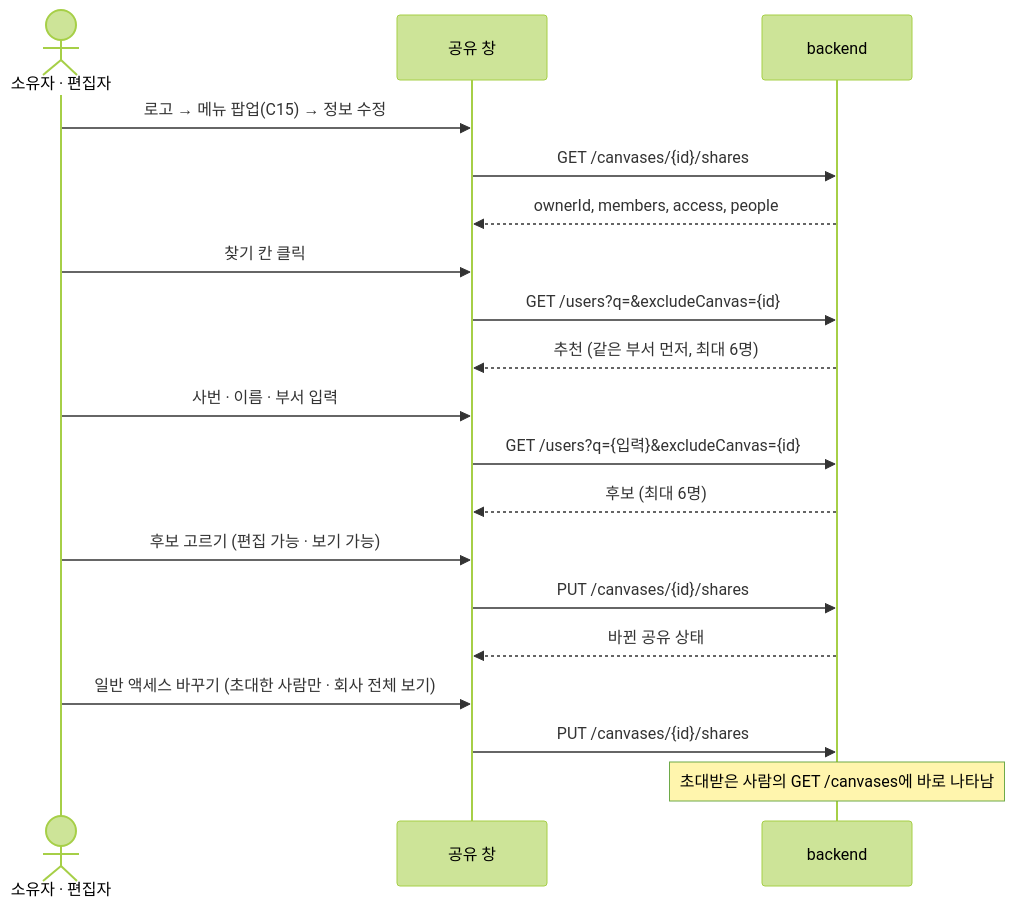
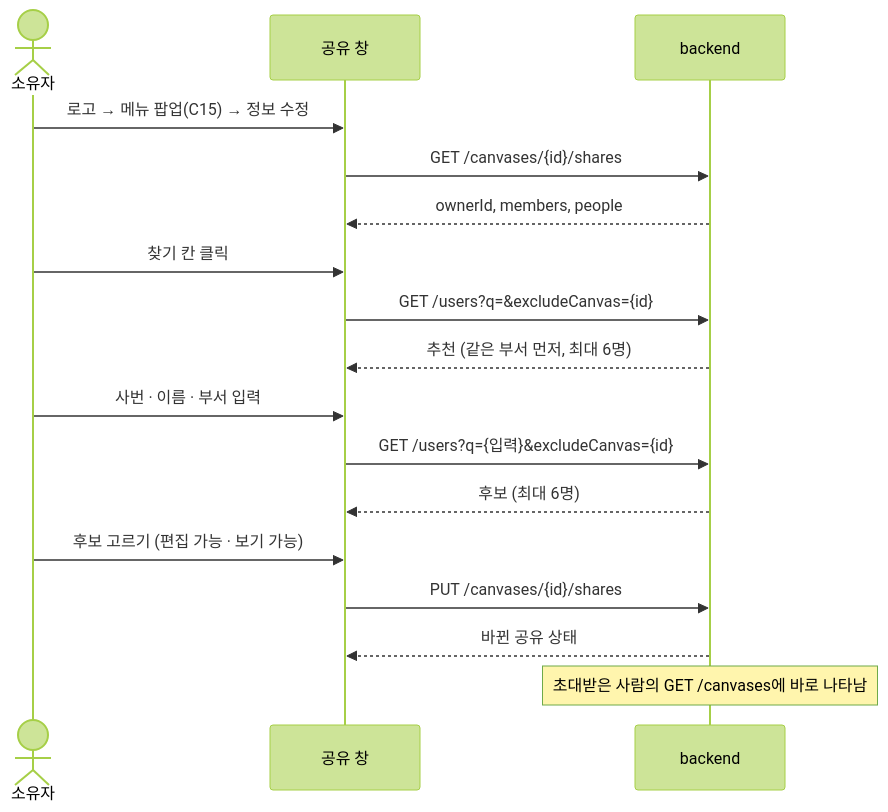
Before and after one commit to vamos-team/telescope: the third of 7 diagrams in docs/frontend/api-diagram.md, drawn with Mermaid (forest theme). The commit also changed other lines of this file and 3 other files, not shown here.

````diff
--- a/docs/frontend/api-diagram.md
+++ b/docs/frontend/api-diagram.md
@@ -81,22 +81,20 @@
 ```mermaid
 sequenceDiagram
-  actor U as 소유자 · 편집자
+  actor U as 소유자
   participant F as 공유 창
   participant B as backend
 
   U->>F: 로고 → 메뉴 팝업(C15) → 정보 수정
   F->>B: GET /canvases/{id}/shares
-  B-->>F: ownerId, members, access, people
+  B-->>F: ownerId, members, people
   U->>F: 찾기 칸 클릭
   F->>B: GET /users?q=&excludeCanvas={id}
   B-->>F: 추천 (같은 부서 먼저, 최대 6명)
   U->>F: 사번 · 이름 · 부서 입력
   F->>B: GET /users?q={입력}&excludeCanvas={id}
   B-->>F: 후보 (최대 6명)
   U->>F: 후보 고르기 (편집 가능 · 보기 가능)
   F->>B: PUT /canvases/{id}/shares
   B-->>F: 바뀐 공유 상태
-  U->>F: 일반 액세스 바꾸기 (초대한 사람만 · 회사 전체 보기)
-  F->>B: PUT /canvases/{id}/shares
   Note over B: 초대받은 사람의 GET /canvases에 바로 나타남
 ```
````
